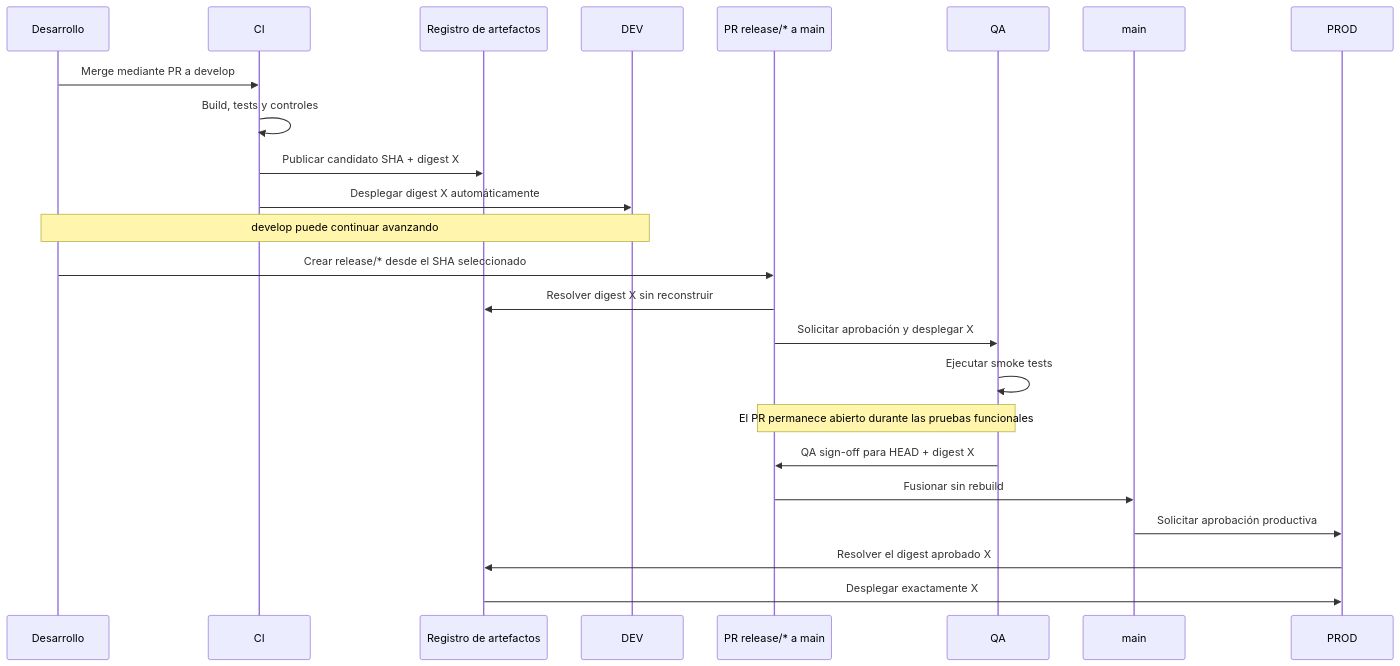
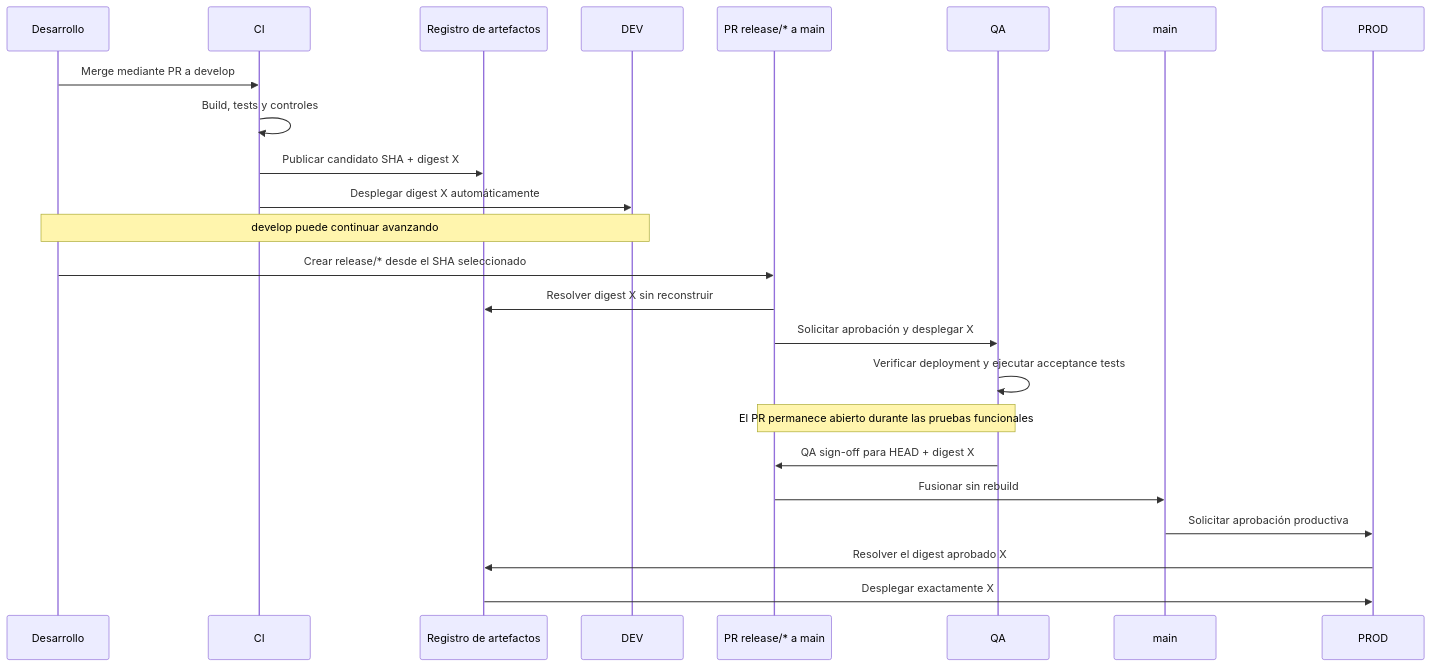
The diagram in docs/ci-cd-flow.md (jclemente-tlm/ci-cd-environments-demo), drawn with Mermaid before and after one commit. The commit also changed other lines of this file and 7 other files, not shown here.

Commit message:
ci: separate deployment verification from acceptance

````diff
--- a/docs/ci-cd-flow.md
+++ b/docs/ci-cd-flow.md
@@ -52,28 +52,28 @@
 ```mermaid
 sequenceDiagram
     participant Dev as Desarrollo
     participant CI as CI
     participant Registry as Registro de artefactos
     participant DevEnv as DEV
     participant PR as PR release/* a main
     participant QA as QA
     participant Main as main
     participant Prod as PROD
 
     Dev->>CI: Merge mediante PR a develop
     CI->>CI: Build, tests y controles
     CI->>Registry: Publicar candidato SHA + digest X
     CI->>DevEnv: Desplegar digest X automáticamente
     Note over Dev,DevEnv: develop puede continuar avanzando
 
     Dev->>PR: Crear release/* desde el SHA seleccionado
     PR->>Registry: Resolver digest X sin reconstruir
     PR->>QA: Solicitar aprobación y desplegar X
-    QA->>QA: Ejecutar smoke tests
+    QA->>QA: Verificar deployment y ejecutar acceptance tests
     Note over PR,QA: El PR permanece abierto durante las pruebas funcionales
     QA->>PR: QA sign-off para HEAD + digest X
     PR->>Main: Fusionar sin rebuild
     Main->>Prod: Solicitar aprobación productiva
     Prod->>Registry: Resolver el digest aprobado X
     Registry->>Prod: Desplegar exactamente X
 ```
````
